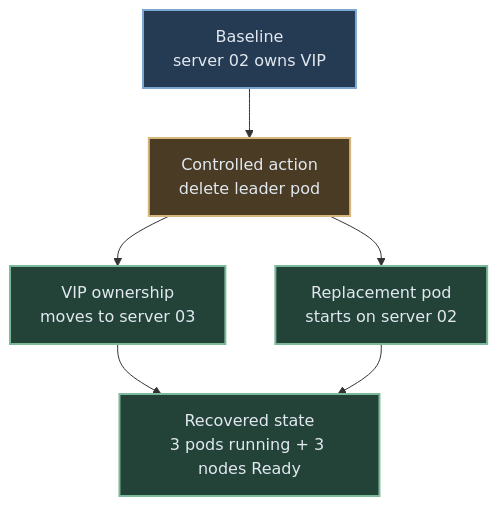
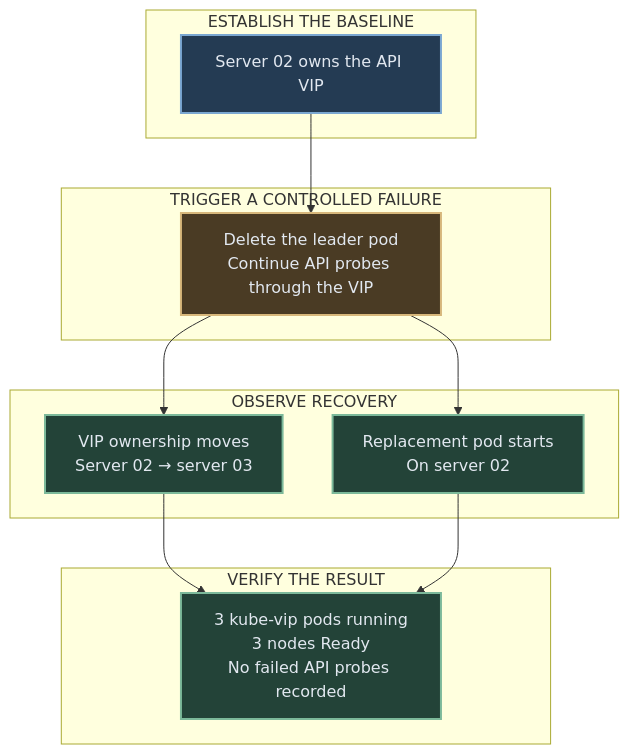
The second of 3 diagrams in README.md (Capasiter/homelab-portfolio), drawn with Mermaid before and after one commit. The commit also changed other lines of this file, not shown here.

Commit message:
docs: apply grouped visual style to all README diagrams

````diff
--- a/README.md
+++ b/README.md
@@ -132,22 +137,29 @@
 ```mermaid
-flowchart TD
-    Before["Baseline<br/>server 02 owns VIP"]
-    Action["Controlled action<br/>delete leader pod"]
-    Move["VIP ownership<br/>moves to server 03"]
-    Replace["Replacement pod<br/>starts on server 02"]
-    Healthy["Recovered state<br/>3 pods running + 3 nodes Ready"]
-
+flowchart TB
+    subgraph Baseline["ESTABLISH THE BASELINE"]
+        Before["Server 02 owns the API VIP"]
+    end
+    subgraph Exercise["TRIGGER A CONTROLLED FAILURE"]
+        Action["Delete the leader pod<br/>Continue API probes through the VIP"]
+    end
+    subgraph Handoff["OBSERVE RECOVERY"]
+        Move["VIP ownership moves<br/>Server 02 → server 03"]
+        Replace["Replacement pod starts<br/>On server 02"]
+    end
+    subgraph Result["VERIFY THE RESULT"]
+        Healthy["3 kube-vip pods running<br/>3 nodes Ready<br/>No failed API probes recorded"]
+    end
     Before --> Action
     Action --> Move
     Action --> Replace
     Move --> Healthy
     Replace --> Healthy
-
-    classDef initial fill:#243b53,stroke:#7ba7d1,color:#e2e8f0,stroke-width:2px,font-size:16px
-    classDef action fill:#4a3b24,stroke:#d7b77b,color:#e2e8f0,stroke-width:2px,font-size:16px
-    classDef healthy fill:#234338,stroke:#7cb99a,color:#e2e8f0,stroke-width:2px,font-size:16px
-
-    class Before initial
-    class Action action
-    class Move,Replace,Healthy healthy
+    classDef blue fill:#243b53,stroke:#7ba7d1,color:#e2e8f0,stroke-width:2px
+    classDef green fill:#234338,stroke:#7cb99a,color:#e2e8f0,stroke-width:2px
+    classDef purple fill:#39304d,stroke:#b49bd4,color:#e2e8f0,stroke-width:2px
+    classDef gray fill:#293241,stroke:#a9b8c8,color:#e2e8f0,stroke-width:2px
+    classDef amber fill:#4a3b24,stroke:#d7b77b,color:#e2e8f0,stroke-width:2px
+    class Before blue
+    class Action amber
+    class Move,Replace,Healthy green
 ```
````
